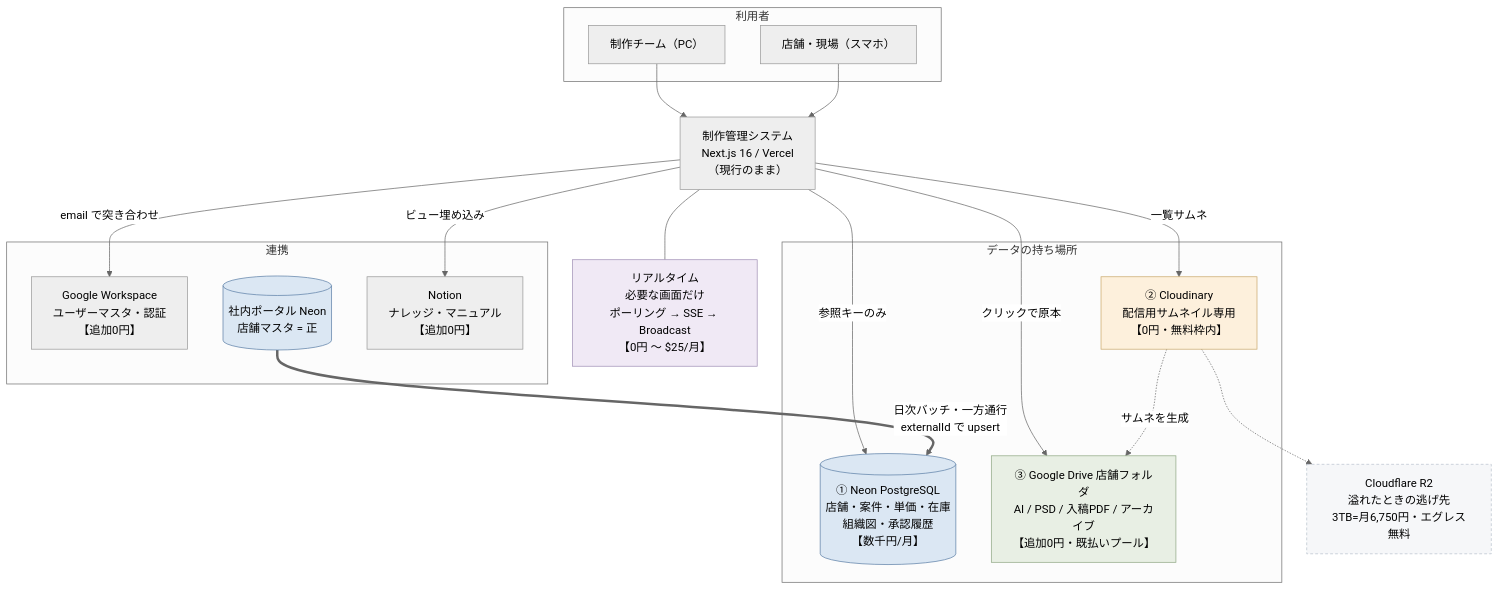
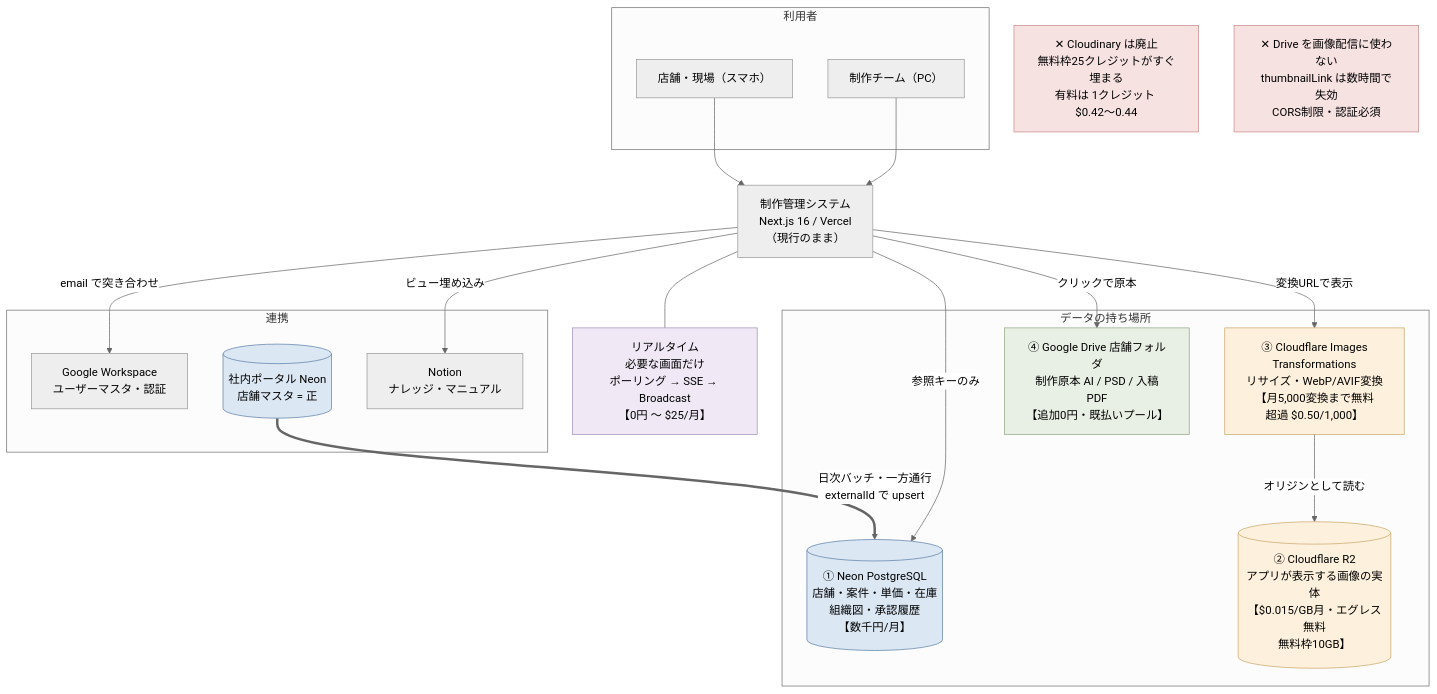
One commit to balencer-inc/balencer changed the diagram in docs/clients/nexus-group/事業会社/hassin/01_制作システム/図/06_最終構造.mmd. Above: the diagram before and after it, drawn with Mermaid (neutral theme). The commit also changed 5 other files, not shown here.

```diff
--- a/docs/clients/nexus-group/事業会社/hassin/01_制作システム/図/06_最終構造.mmd
+++ b/docs/clients/nexus-group/事業会社/hassin/01_制作システム/図/06_最終構造.mmd
@@ -1,43 +1,46 @@
 flowchart TB
   subgraph client["利用者"]
     U1["制作チーム（PC）"]
     U2["店舗・現場（スマホ）"]
   end
 
   APP["制作管理システム<br/>Next.js 16 / Vercel<br/>（現行のまま）"]
 
   U1 --> APP
   U2 --> APP
 
   subgraph data["データの持ち場所"]
     N[("① Neon PostgreSQL<br/>店舗・案件・単価・在庫<br/>組織図・承認履歴<br/>【数千円/月】")]
-    C["② Cloudinary<br/>配信用サムネイル専用<br/>【0円・無料枠内】"]
-    D["③ Google Drive 店舗フォルダ<br/>AI / PSD / 入稿PDF / アーカイブ<br/>【追加0円・既払いプール】"]
+    R2[("② Cloudflare R2<br/>アプリが表示する画像の実体<br/>【$0.015/GB月・エグレス無料<br/>無料枠10GB】")]
+    IMG["③ Cloudflare Images<br/>Transformations<br/>リサイズ・WebP/AVIF変換<br/>【月5,000変換まで無料<br/>超過 $0.50/1,000】"]
+    D["④ Google Drive 店舗フォルダ<br/>制作原本 AI / PSD / 入稿PDF<br/>【追加0円・既払いプール】"]
   end
 
   subgraph ext["連携"]
-    W["Google Workspace<br/>ユーザーマスタ・認証<br/>【追加0円】"]
+    W["Google Workspace<br/>ユーザーマスタ・認証"]
     P[("社内ポータル Neon<br/>店舗マスタ = 正")]
-    NT["Notion<br/>ナレッジ・マニュアル<br/>【追加0円】"]
+    NT["Notion<br/>ナレッジ・マニュアル"]
   end
 
   RT["リアルタイム<br/>必要な画面だけ<br/>ポーリング → SSE → Broadcast<br/>【0円 〜 $25/月】"]
 
   APP -->|"参照キーのみ"| N
-  APP -->|"一覧サムネ"| C
+  APP -->|"変換URLで表示"| IMG
+  IMG -->|"オリジンとして読む"| R2
   APP -->|"クリックで原本"| D
   APP -->|"email で突き合わせ"| W
   APP -->|"ビュー埋め込み"| NT
   APP --- RT
   P ==>|"日次バッチ・一方通行<br/>externalId で upsert"| N
-  C -.->|"サムネを生成"| D
 
-  R2["Cloudflare R2<br/>溢れたときの逃げ先<br/>3TB=月6,750円・エグレス無料"]
-  C -.-> R2
+  NG["✕ Cloudinary は廃止<br/>無料枠25クレジットがすぐ埋まる<br/>有料は 1クレジット $0.42〜0.44"]
+  NG2["✕ Drive を画像配信に使わない<br/>thumbnailLink は数時間で失効<br/>CORS制限・認証必須"]
 
   style N fill:#dbe7f3,stroke:#5b7fa6
-  style C fill:#fdf0dc,stroke:#c9a86b
+  style R2 fill:#fdf0dc,stroke:#c9a86b
+  style IMG fill:#fdf0dc,stroke:#c9a86b
   style D fill:#e8efe4,stroke:#8fa885
   style P fill:#dbe7f3,stroke:#5b7fa6
   style RT fill:#f0e9f5,stroke:#a08fb5
-  style R2 fill:#f6f7f9,stroke:#b9c3ce,stroke-dasharray: 4 3
+  style NG fill:#f7e2e2,stroke:#c98b8b
+  style NG2 fill:#f7e2e2,stroke:#c98b8b
```
